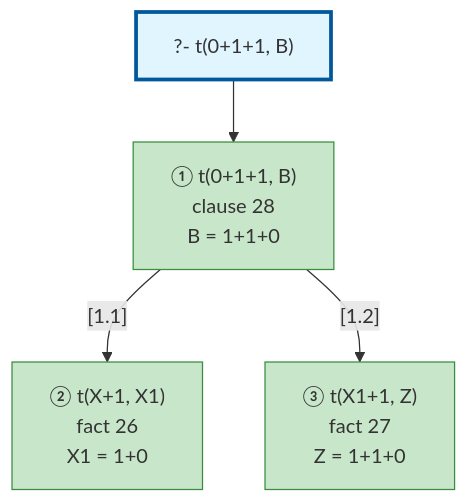
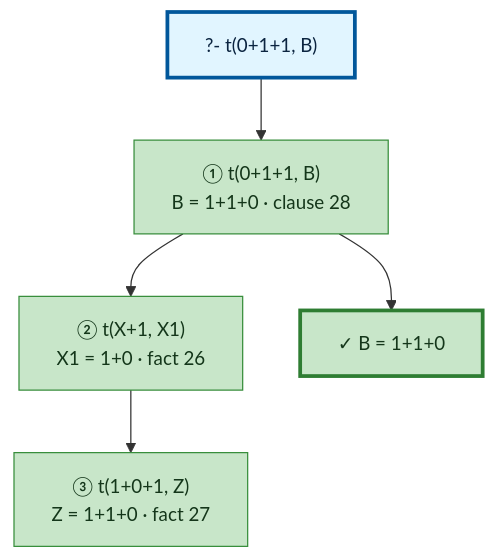
One commit to textologylabs/prolog-trace-viz changed the diagram in examples/3_3_operators-output.md. Above: the diagram before and after it, drawn with Mermaid. The commit also changed 8 other files, not shown here.

First line of the commit message:
✨ render the call tree as an execution flow with backtracking loops

````diff
--- a/examples/3_3_operators-output.md
+++ b/examples/3_3_operators-output.md
@@ -48,20 +48,24 @@
 ```mermaid
+%%{init: {'flowchart': {'nodeSpacing': 46, 'rankSpacing': 50}, 'themeVariables': {'fontSize': '15px'}}}%%
 graph TD
 
 %% Nodes
 A["?- t(0+1+1, B)"]
-B["① t(0+1+1, B)<br/>clause 28<br/>B = 1+1+0"]
-C["② t(X+1, X1)<br/>fact 26<br/>X1 = 1+0"]
-D["③ t(X1+1, Z)<br/>fact 27<br/>Z = 1+1+0"]
+B["① t(0+1+1, B)<br/>B = 1+1+0 · clause 28"]
+C["② t(X+1, X1)<br/>X1 = 1+0 · fact 26"]
+D["③ t(1+0+1, Z)<br/>Z = 1+1+0 · fact 27"]
+E["✓ B = 1+1+0"]
 
-%% Edges
+%% Flow
 A --> B
-B -->|"[1.1]"| C
-B -->|"[1.2]"| D
+B --> C
+C --> D
+B --> E
 
 %% Styles
-style A fill:#e1f5ff,stroke:#01579b,stroke-width:3px
-style B fill:#c8e6c9,stroke:#388e3c
-style C fill:#c8e6c9,stroke:#388e3c
-style D fill:#c8e6c9,stroke:#388e3c
+style A fill:#e1f5ff,stroke:#01579b,stroke-width:3px,color:#0b2440
+style B fill:#c8e6c9,stroke:#388e3c,color:#14361a
+style C fill:#c8e6c9,stroke:#388e3c,color:#14361a
+style D fill:#c8e6c9,stroke:#388e3c,color:#14361a
+style E fill:#c8e6c9,stroke:#2e7d32,stroke-width:3px,color:#14361a
 ```
````
